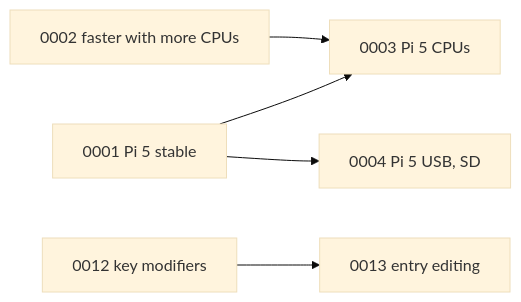
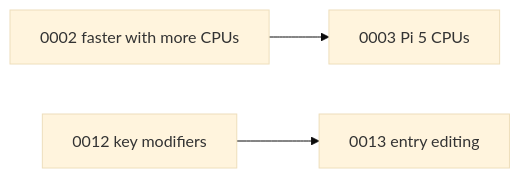
One commit to misleb/L0S changed the diagram in roadmap/INDEX.md. Above: the diagram before and after it, drawn with Mermaid (base theme). The commit also changed other lines of this file and 5 other files, not shown here.

First line of the commit message:
Close roadmap 0001: ten cold boots in a row reached the desktop

````diff
--- a/roadmap/INDEX.md
+++ b/roadmap/INDEX.md
@@ -49,7 +48,5 @@
 ```mermaid
 graph LR
-  0001[0001 Pi 5 stable] --> 0003[0003 Pi 5 CPUs]
-  0002[0002 faster with more CPUs] --> 0003
-  0001 --> 0004[0004 Pi 5 USB, SD]
+  0002[0002 faster with more CPUs] --> 0003[0003 Pi 5 CPUs]
   0012[0012 key modifiers] --> 0013[0013 entry editing]
 ```
````
